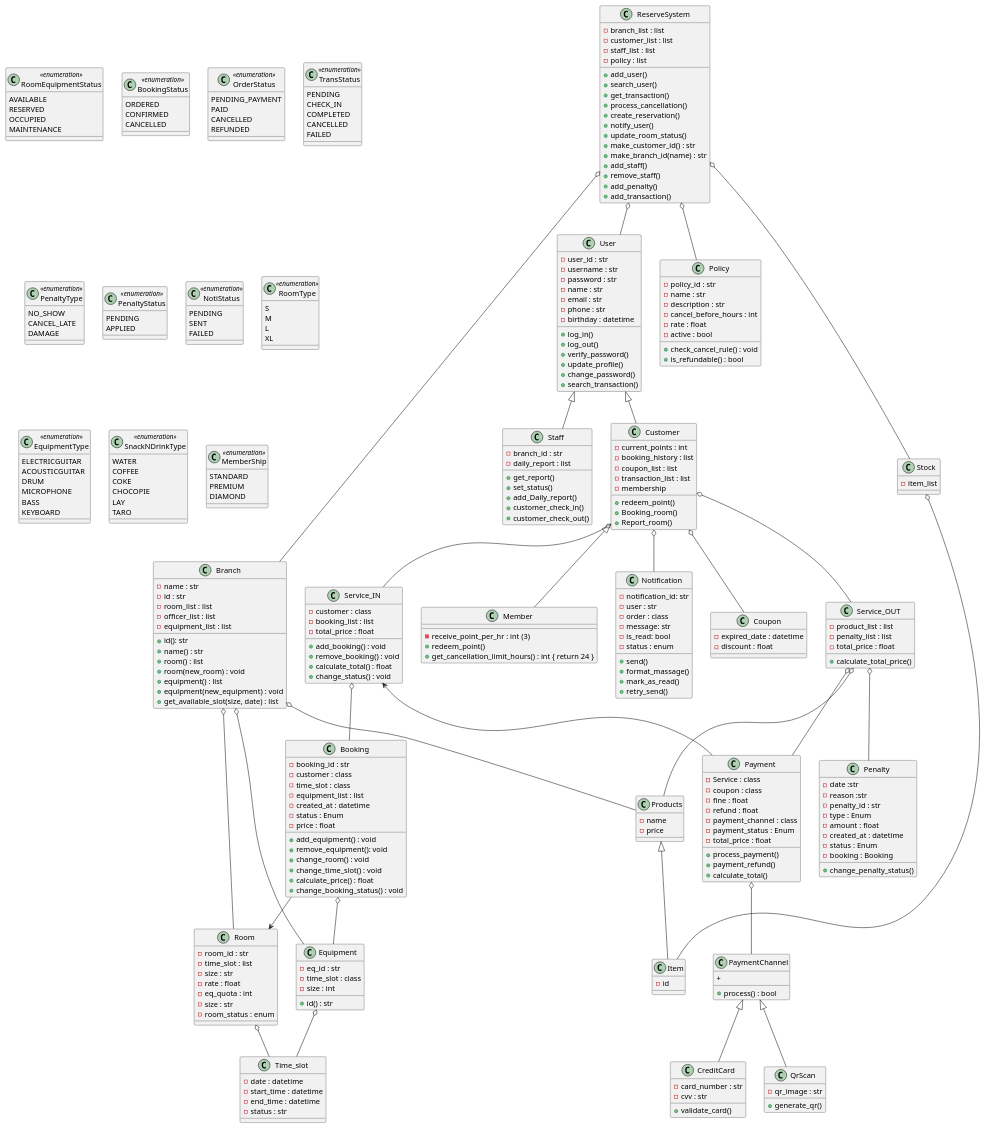
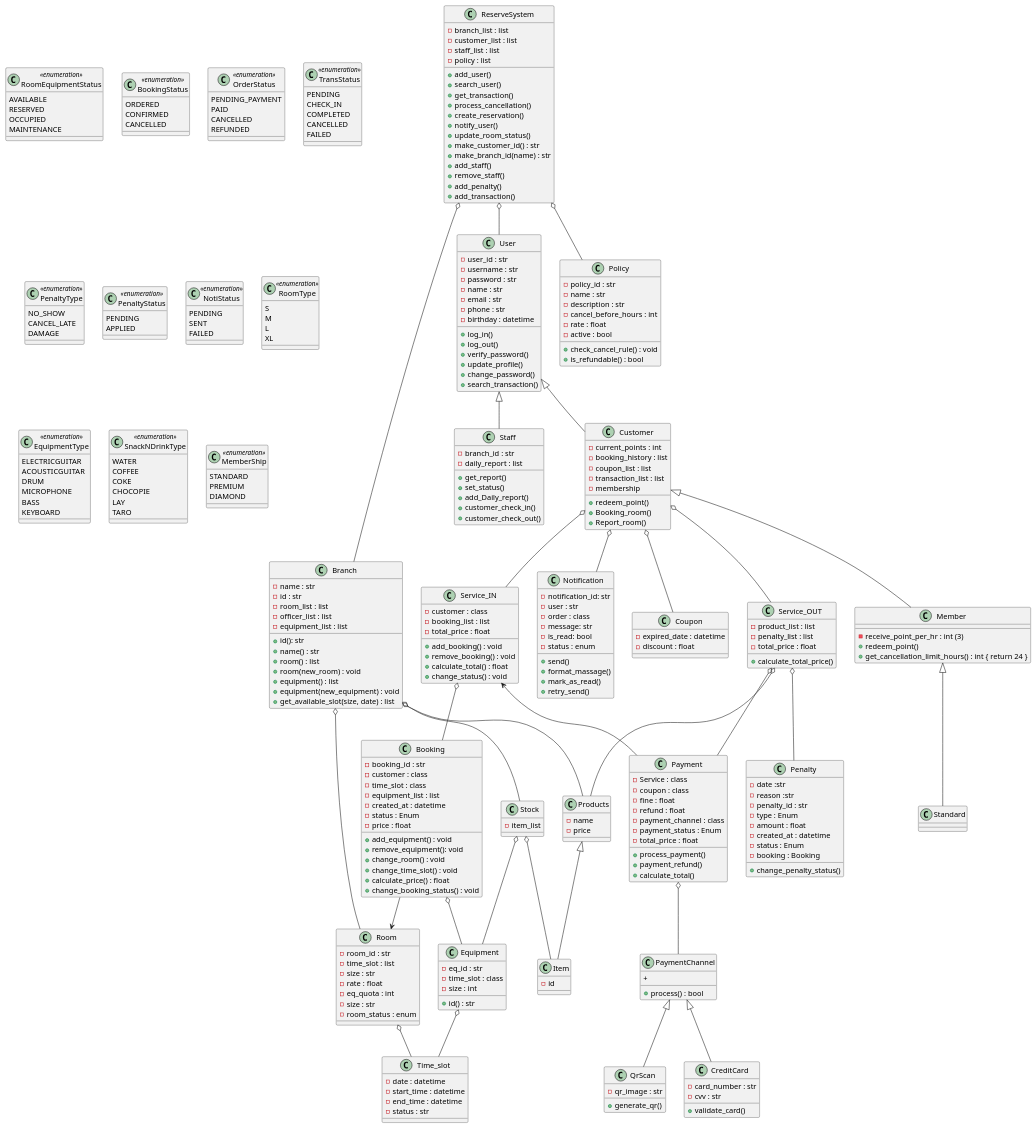
The diagram in diagram/class_diagram.puml (pjngth998/RhythmReserve), drawn with PlantUML before and after one commit. The commit also changed 3 other files, not shown here.

```diff
--- a/diagram/class_diagram.puml
+++ b/diagram/class_diagram.puml
@@ -207,6 +207,7 @@
 
 
 
+
 class PenaltyType <<enumeration>> {
     NO_SHOW
     CANCEL_LATE
@@ -325,7 +326,7 @@
 
 
 ReserveSystem o-- User
-ReserveSystem o-- Stock
+Branch o-- Stock
 User <|-- Staff
 User <|-- Customer
 Customer <|-- Member
@@ -336,7 +337,7 @@
 ReserveSystem o-- Policy
 Customer o-- Coupon
 Branch o-- Room
-Branch o-- Equipment
+Stock o-- Equipment
 Room o-- Time_slot
 Equipment o-- Time_slot
 Service_IN o-- Booking
@@ -352,4 +353,5 @@
 Customer o-- Service_IN
 Products <|-- Item
 Stock o-- Item
+Member <|-- Standard
 @enduml
```
